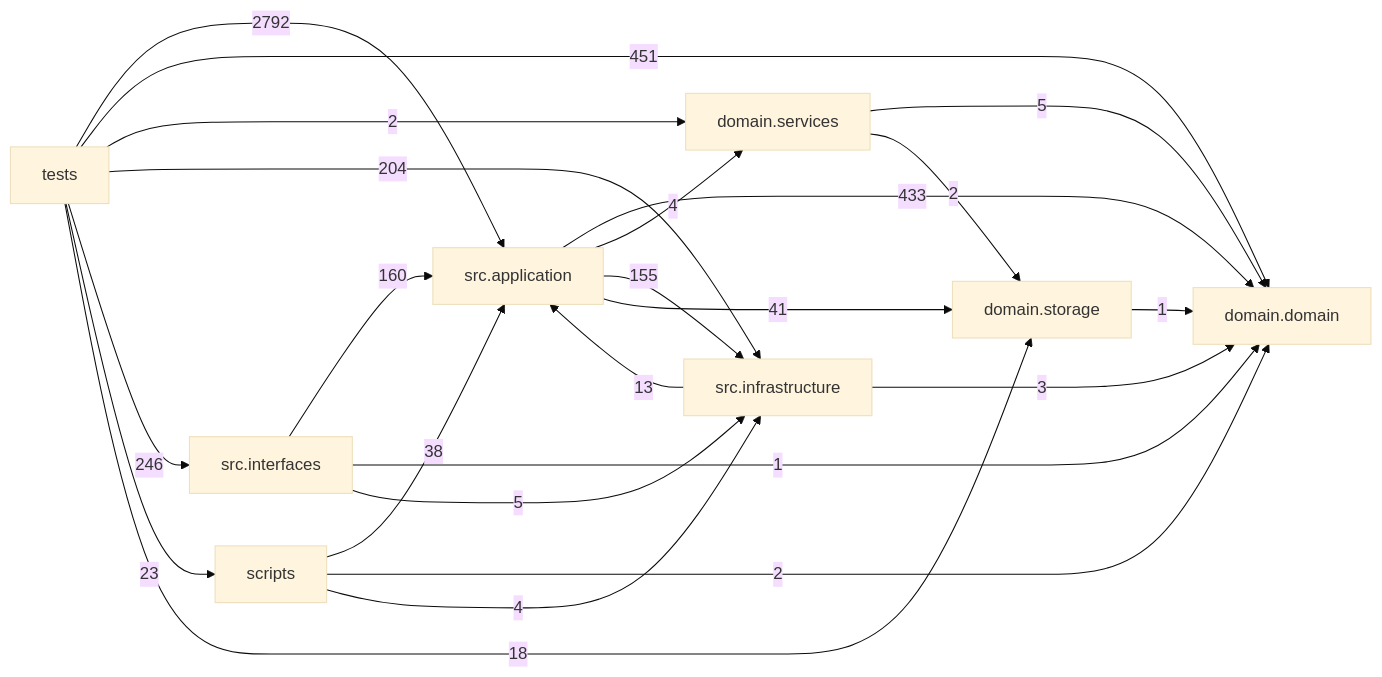
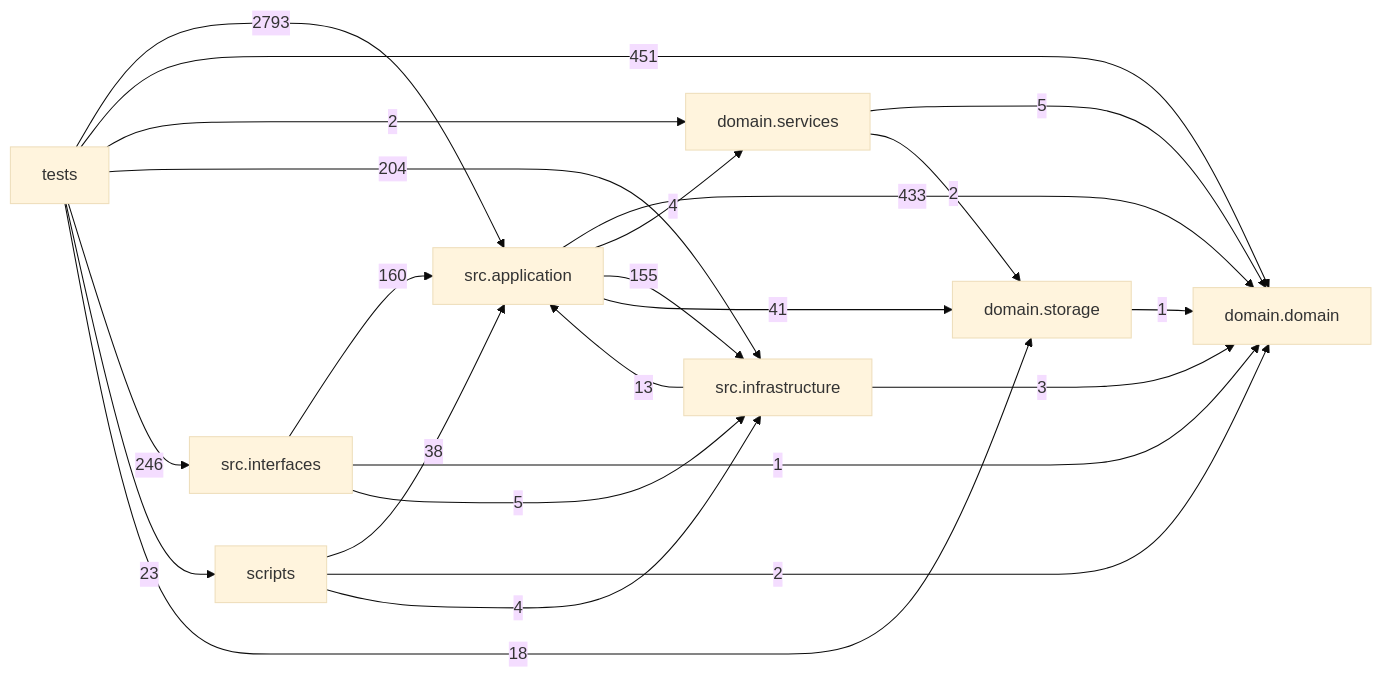
Before and after one commit to liuxie066/options-monitor: the diagram in docs/DEPENDENCY_GRAPH.md, drawn with Mermaid (base theme). The commit also changed other lines of this file, not shown here.

Commit message:
docs(graph): refresh dependency graph

````diff
--- a/docs/DEPENDENCY_GRAPH.md
+++ b/docs/DEPENDENCY_GRAPH.md
@@ -24,33 +24,33 @@
 ```mermaid
 flowchart LR
   tests["tests"]
   scripts["scripts"]
   interfaces["src.interfaces"]
   application["src.application"]
   infrastructure["src.infrastructure"]
   domain_services["domain.services"]
   domain["domain.domain"]
   storage["domain.storage"]
   application -->|433| domain
   application -->|4| domain_services
   application -->|155| infrastructure
   application -->|41| storage
   domain_services -->|5| domain
   domain_services -->|2| storage
   infrastructure -->|13| application
   infrastructure -->|3| domain
   interfaces -->|160| application
   interfaces -->|1| domain
   interfaces -->|5| infrastructure
   scripts -->|38| application
   scripts -->|2| domain
   scripts -->|4| infrastructure
   storage -->|1| domain
-  tests -->|2792| application
+  tests -->|2793| application
   tests -->|451| domain
   tests -->|2| domain_services
   tests -->|204| infrastructure
   tests -->|246| interfaces
   tests -->|23| scripts
   tests -->|18| storage
 ```
````
